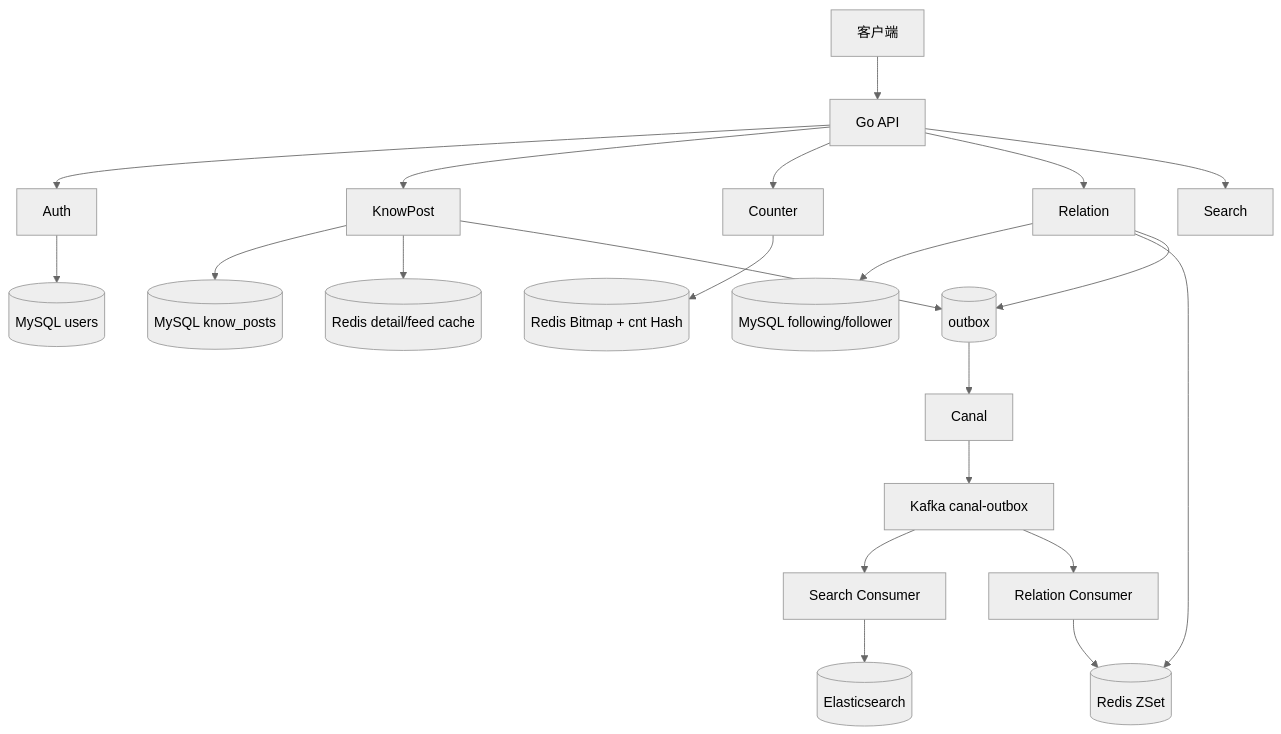
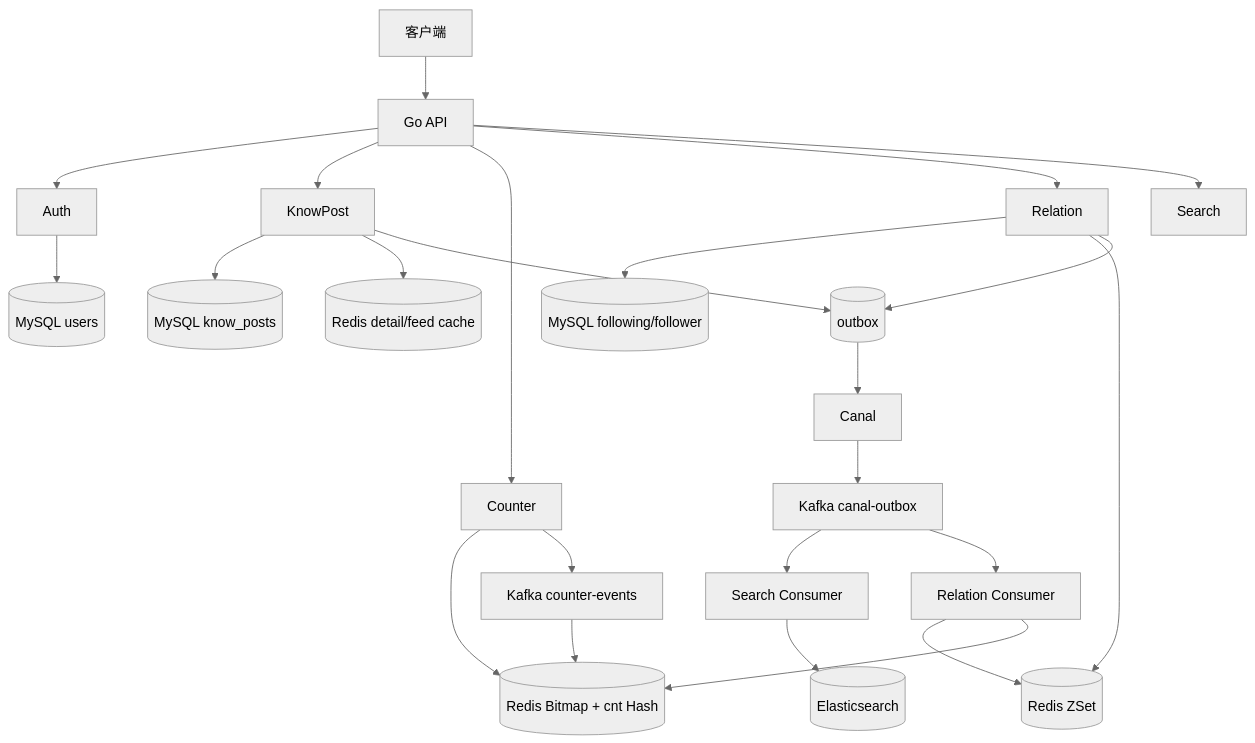
Before and after one commit to bitladykiller/zhiguang_go: the ninth of 9 diagrams in docs/modules/13-项目面试作答手册.md, drawn with Mermaid (neutral theme). The commit also changed other lines of this file and 20 other files, not shown here.

First line of the commit message:
docs(modules): 在核心流程旁补充必要 mermaid 流程图

````diff
--- a/docs/modules/13-项目面试作答手册.md
+++ b/docs/modules/13-项目面试作答手册.md
@@ -536,26 +599,29 @@
 ```mermaid
 flowchart TB
     A[客户端] --> B[Go API]
     B --> C[Auth]
     B --> D[KnowPost]
     B --> E[Counter]
     B --> F[Relation]
     B --> G[Search]
 
     D --> H[(MySQL know_posts)]
     F --> I[(MySQL following/follower)]
     C --> J[(MySQL users)]
 
     D --> K[(Redis detail/feed cache)]
     E --> L[(Redis Bitmap + cnt Hash)]
     F --> M[(Redis ZSet)]
 
     D --> N[(outbox)]
     F --> N
     N --> O[Canal]
     O --> P[Kafka canal-outbox]
     P --> Q[Search Consumer]
     Q --> R[(Elasticsearch)]
     P --> S[Relation Consumer]
     S --> M
+    S --> L
+    E --> T[Kafka counter-events]
+    T --> L
 ```
````
